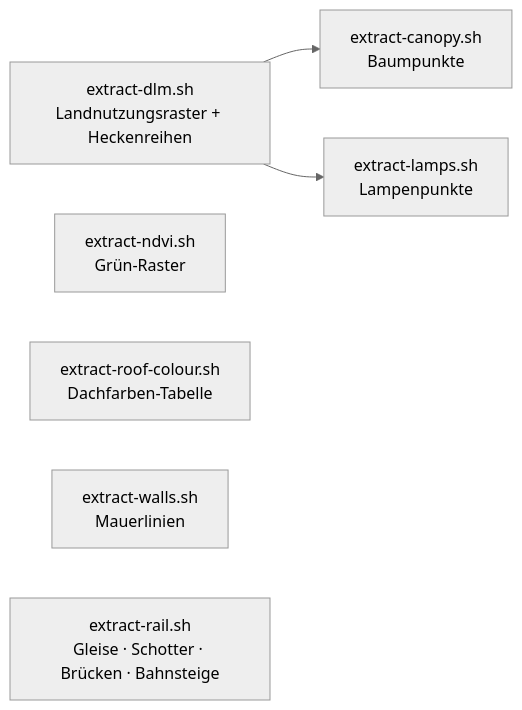
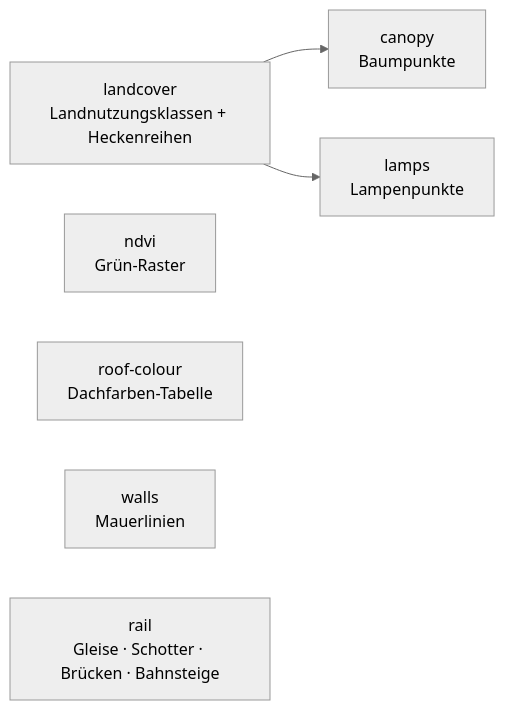
The second of 2 diagrams in docs/guide/de/data-journey.md (mdugue/bridge), drawn with Mermaid (neutral theme) before and after one commit. The commit also changed other lines of this file and 9 other files, not shown here.

````diff
--- a/docs/guide/de/data-journey.md
+++ b/docs/guide/de/data-journey.md
@@ -61,9 +73,9 @@
 ```mermaid
 flowchart LR
-  DLM["extract-dlm.sh<br/>Landnutzungsraster + Heckenreihen"] --> CAN["extract-canopy.sh<br/>Baumpunkte"]
-  DLM --> LAMP["extract-lamps.sh<br/>Lampenpunkte"]
-  NDVI["extract-ndvi.sh<br/>Grün-Raster"]
-  ROOF["extract-roof-colour.sh<br/>Dachfarben-Tabelle"]
-  WALL["extract-walls.sh<br/>Mauerlinien"]
-  RAIL["extract-rail.sh<br/>Gleise · Schotter · Brücken · Bahnsteige"]
+  DLM["landcover<br/>Landnutzungsklassen + Heckenreihen"] --> CAN["canopy<br/>Baumpunkte"]
+  DLM --> LAMP["lamps<br/>Lampenpunkte"]
+  NDVI["ndvi<br/>Grün-Raster"]
+  ROOF["roof-colour<br/>Dachfarben-Tabelle"]
+  WALL["walls<br/>Mauerlinien"]
+  RAIL["rail<br/>Gleise · Schotter · Brücken · Bahnsteige"]
 ```
````
